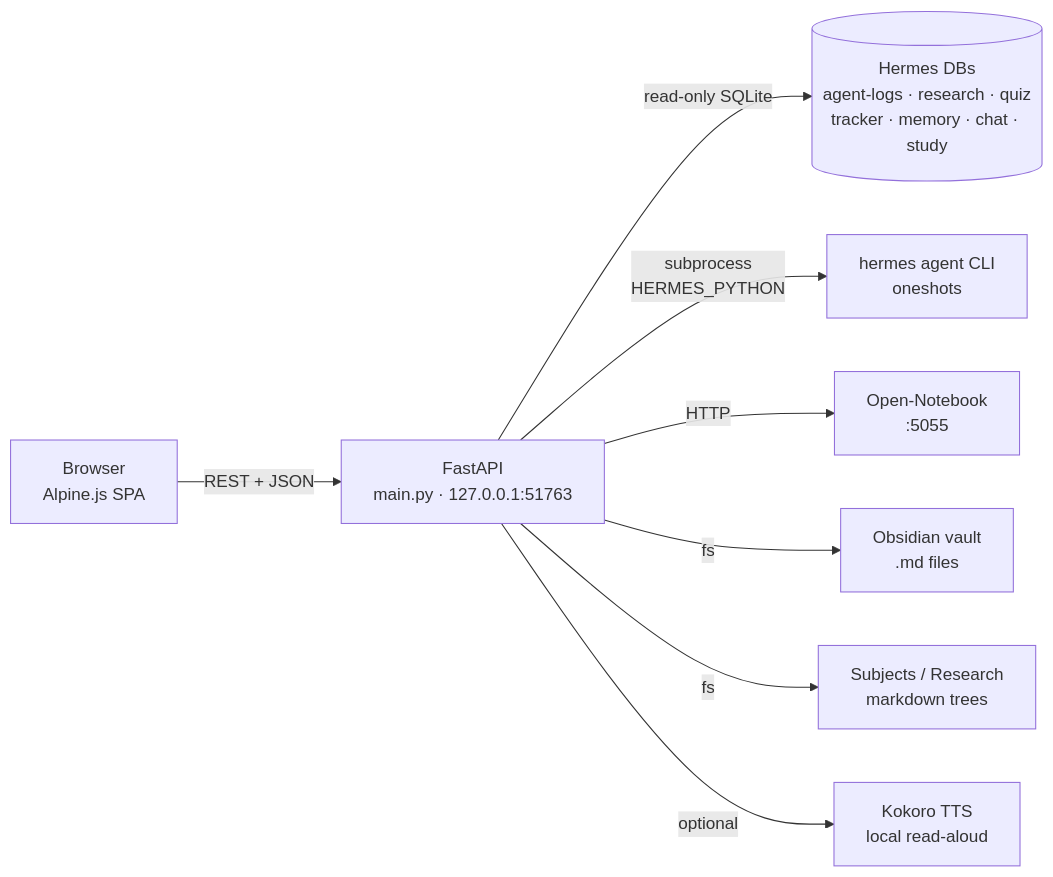
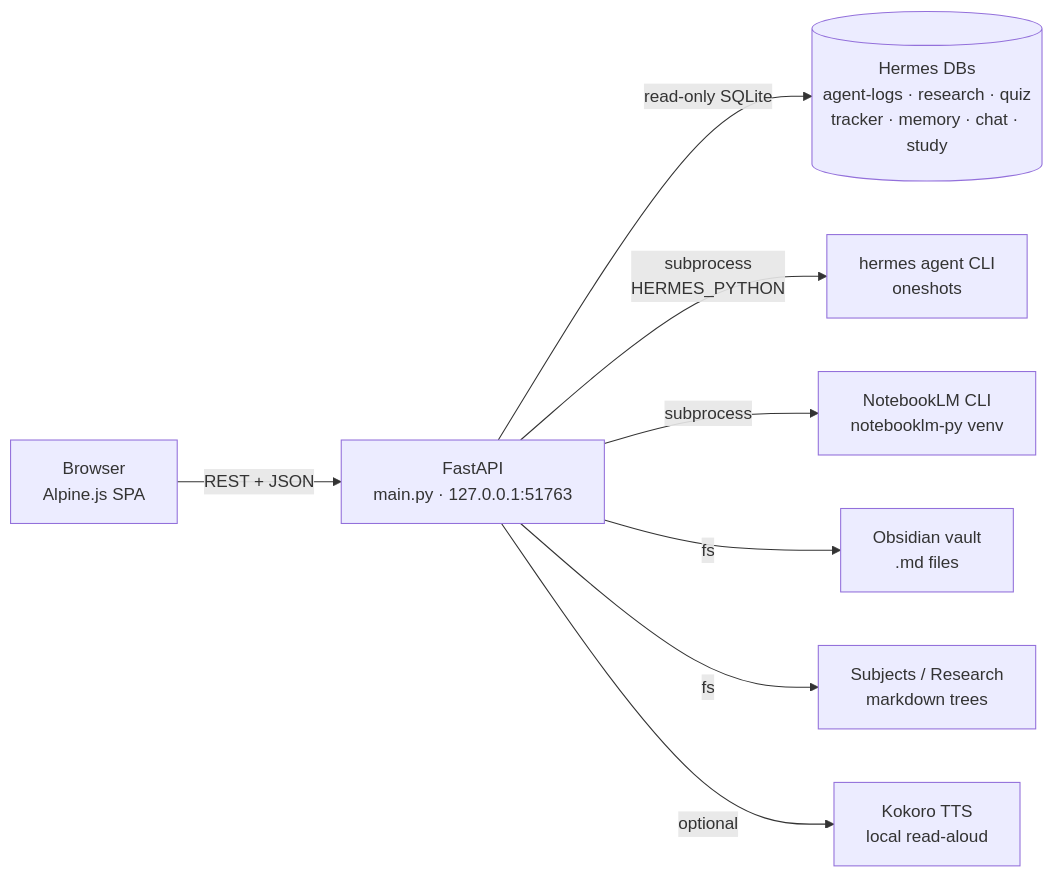
Before and after one commit to Dhairya2289/mission-control-dashboard: the diagram in README.md, drawn with Mermaid. The commit also changed other lines of this file and 5 other files, not shown here.

````diff
--- a/README.md
+++ b/README.md
@@ -49,10 +50,10 @@
 ```mermaid
 flowchart LR
     B[Browser<br/>Alpine.js SPA] -->|REST + JSON| F[FastAPI<br/>main.py · 127.0.0.1:51763]
     F -->|read-only SQLite| H[(Hermes DBs<br/>agent-logs · research · quiz<br/>tracker · memory · chat · study)]
     F -->|subprocess<br/>HERMES_PYTHON| A[hermes agent CLI<br/>oneshots]
-    F -->|HTTP| N[Open-Notebook<br/>:5055]
+    F -->|subprocess| N[NotebookLM CLI<br/>notebooklm-py venv]
     F -->|fs| V[Obsidian vault<br/>.md files]
     F -->|fs| S[Subjects / Research<br/>markdown trees]
     F -->|optional| T[Kokoro TTS<br/>local read-aloud]
 ```
````
